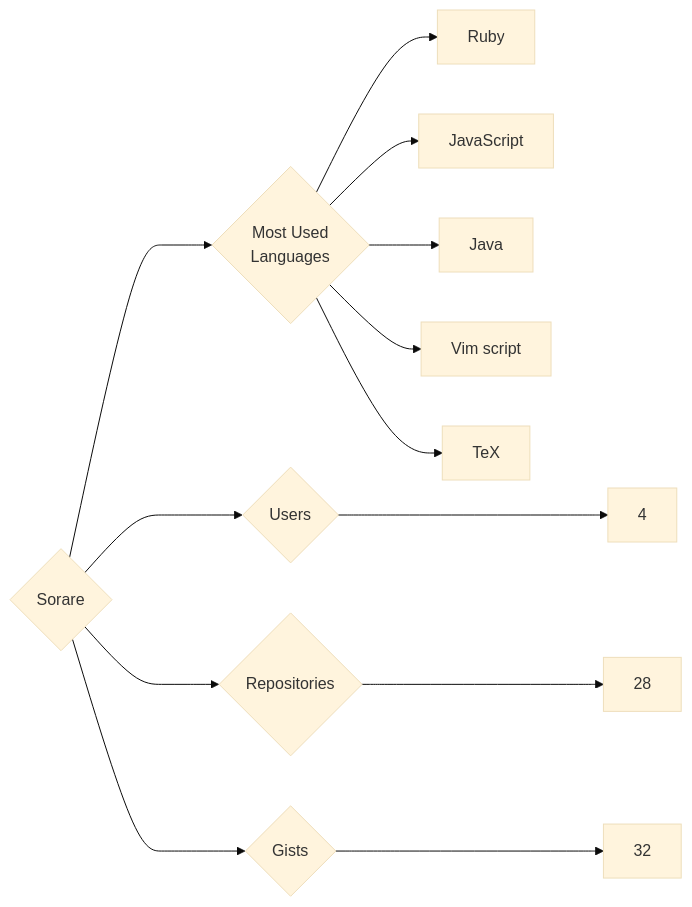
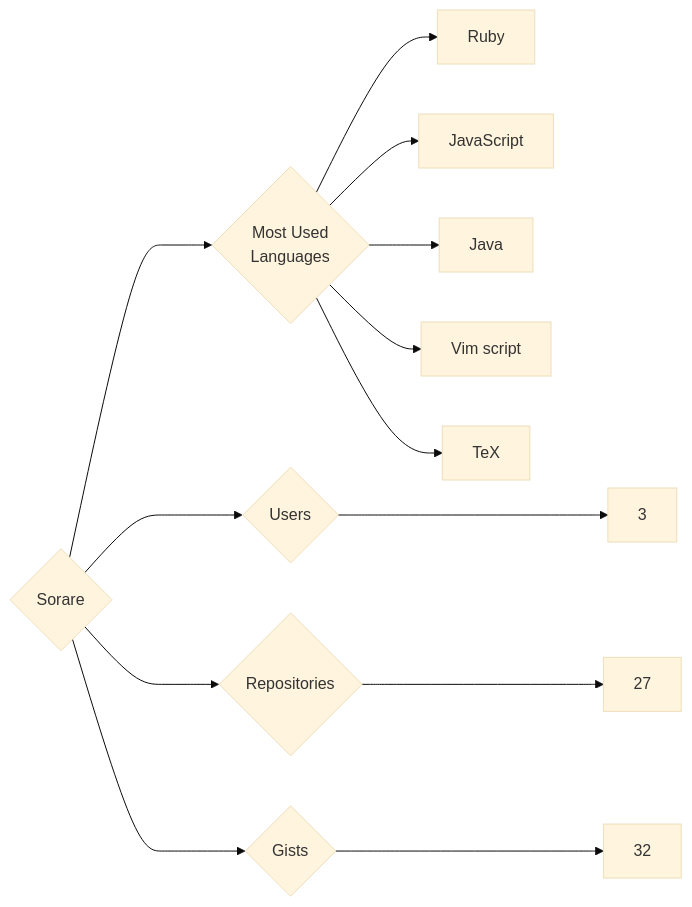
The diagram in targets/Sorare/README.md (trickest/insiders), drawn with Mermaid (base theme) before and after one commit. The commit also changed 860 other files, not shown here.

````diff
--- a/targets/Sorare/README.md
+++ b/targets/Sorare/README.md
@@ -3,13 +3,13 @@
 ```mermaid
 graph LR
 COMPANY_NAME{Sorare}
-COMPANY_NAME ---> U{Users} ---> UN[4]
-COMPANY_NAME ---> R{Repositories} ---> RN[28]
+COMPANY_NAME ---> U{Users} ---> UN[3]
+COMPANY_NAME ---> R{Repositories} ---> RN[27]
 COMPANY_NAME ---> G{Gists} ---> GN[32]
 COMPANY_NAME ---> ML{Most Used<br>Languages}
 ML --> Ruby[Ruby]
 ML --> JavaScript[JavaScript]
 ML --> Java[Java]
 ML --> Vim_script[Vim script]
 ML --> TeX[TeX]
 ```
````
